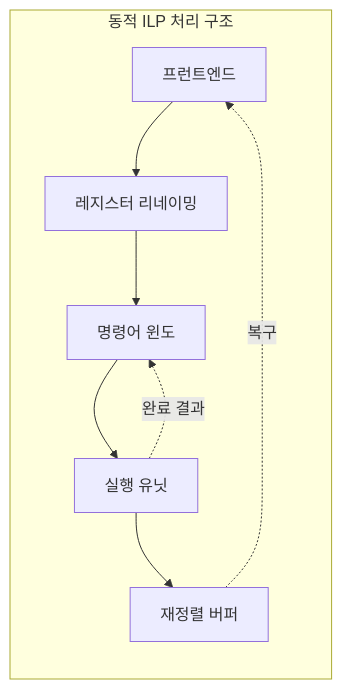
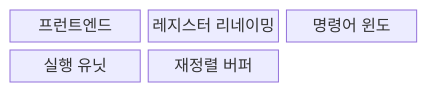
One commit to agnusdei1207/knowledge-base changed the first of 2 diagrams in src/content/docs/notes/02-hardware/009_instruction_level_parallelism.md. Above: the diagram before and after it, drawn with Mermaid. The commit also changed other lines of this file and 20 other files, not shown here.

````diff
--- a/src/content/docs/notes/02-hardware/009_instruction_level_parallelism.md
+++ b/src/content/docs/notes/02-hardware/009_instruction_level_parallelism.md
@@ -75,11 +73,10 @@
 ```mermaid
-flowchart LR
-    subgraph ILP_CORE["동적 ILP 처리 구조"]
-        F["프런트엔드"] --> N["레지스터 리네이밍"]
-        N --> W["명령어 윈도"]
-        W --> E["실행 유닛"]
-        E --> R["재정렬 버퍼"]
-        E -. "완료 결과" .-> W
-        R -. "복구" .-> F
-    end
+block
+    columns 3
+    F["프런트엔드"]
+    N["레지스터 리네이밍"]
+    W["명령어 윈도"]
+    E["실행 유닛"]
+    R["재정렬 버퍼"]
+    space
 ```
````
